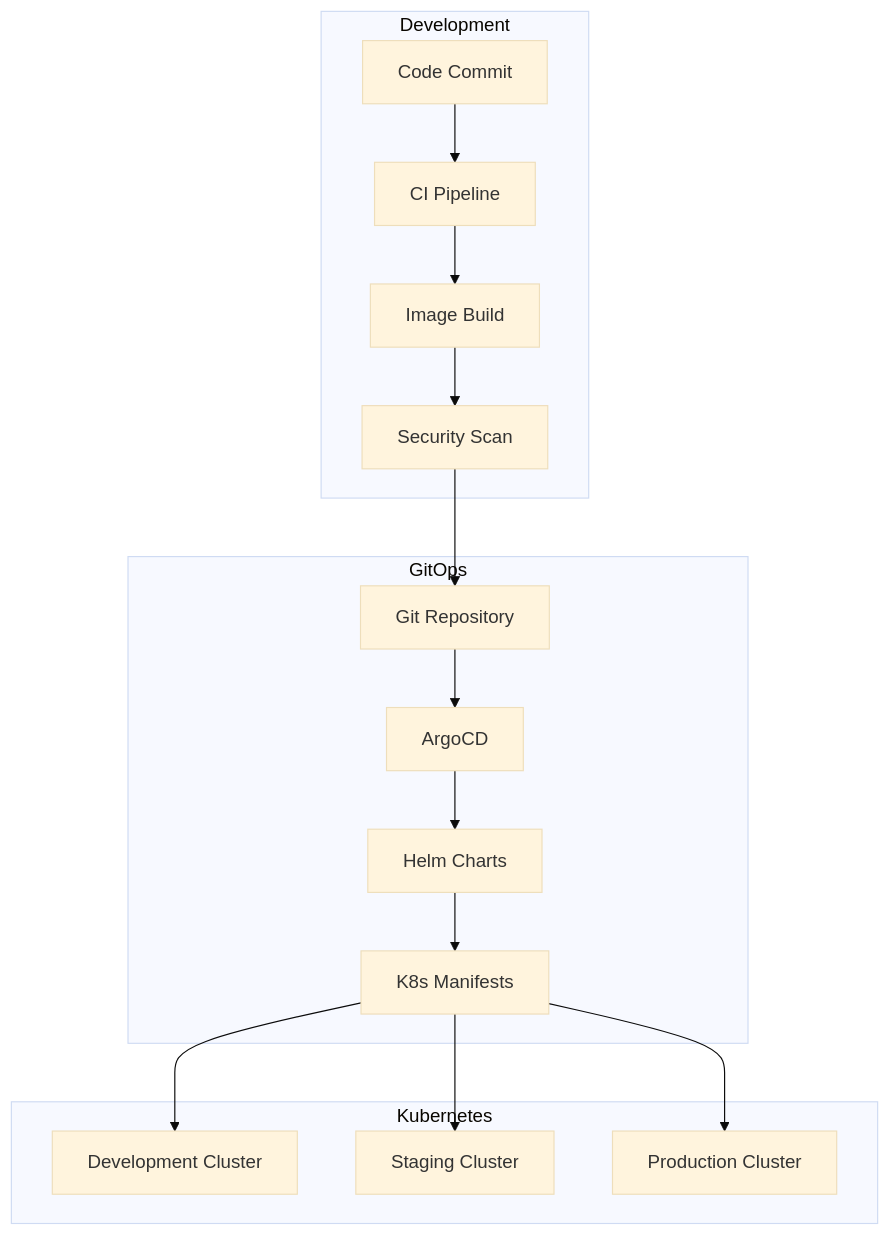
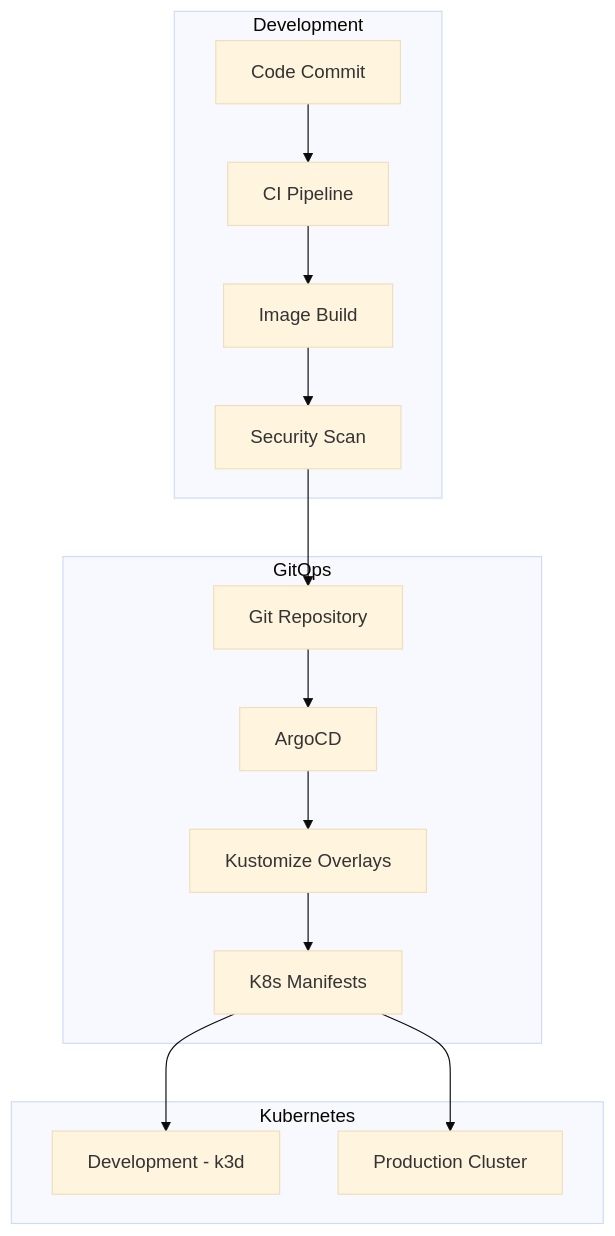
One commit to vesviet/Composable-Commerce-Service-Architecture changed the ninth of 9 diagrams in 06-operations/platform/PLATFORM_ARCHITECTURE.md. Above: the diagram before and after it, drawn with Mermaid (base theme). The commit also changed other lines of this file and 13 other files, not shown here.

````diff
--- a/06-operations/platform/PLATFORM_ARCHITECTURE.md
+++ b/06-operations/platform/PLATFORM_ARCHITECTURE.md
@@ -554,34 +551,32 @@
 ```mermaid
 graph TB
     subgraph "Development"
         A[Code Commit]
         B[CI Pipeline]
         C[Image Build]
         D[Security Scan]
     end
     
     subgraph "GitOps"
         E[Git Repository]
         F[ArgoCD]
-        G[Helm Charts]
+        G[Kustomize Overlays]
         H[K8s Manifests]
     end
     
     subgraph "Kubernetes"
-        I[Development Cluster]
-        J[Staging Cluster]
+        I[Development - k3d]
         K[Production Cluster]
     end
     
     A --> B
     B --> C
     C --> D
     D --> E
     
     E --> F
     F --> G
     G --> H
     H --> I
-    H --> J
     H --> K
 ```
````
